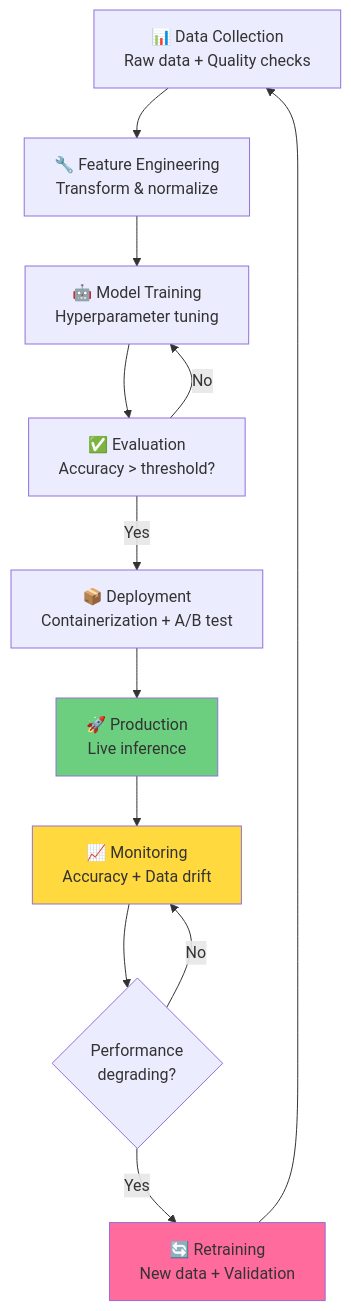
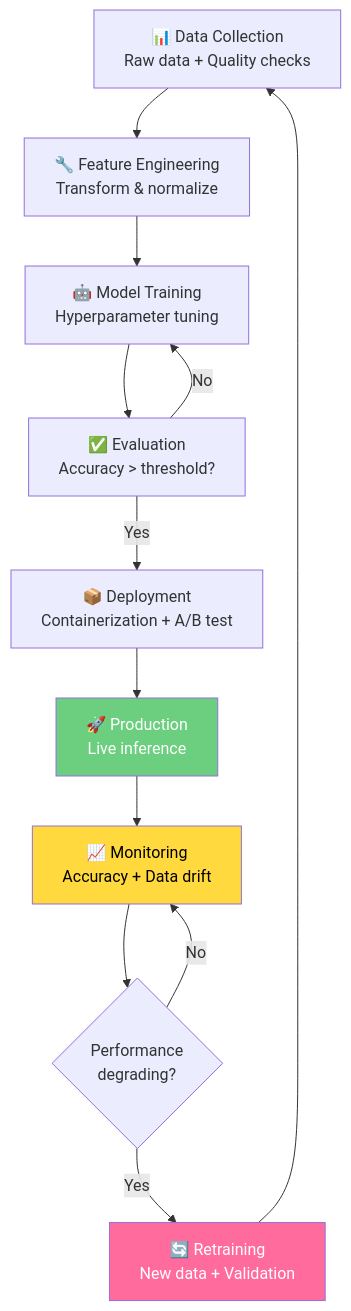
Before and after one commit to federicodiluca/federicodiluca.github.io: the diagram in src/content/blog/mlops-modelli-produzione.md, drawn with Mermaid. The commit also changed 9 other files, not shown here.

First line of the commit message:
fix: improve Mermaid diagram text colors for accessibility

````diff
--- a/src/content/blog/mlops-modelli-produzione.md
+++ b/src/content/blog/mlops-modelli-produzione.md
@@ -13,18 +13,18 @@
 ```mermaid
 flowchart TD
     A["📊 Data Collection<br/>Raw data + Quality checks"] --> B["🔧 Feature Engineering<br/>Transform & normalize"]
     B --> C["🤖 Model Training<br/>Hyperparameter tuning"]
     C --> D["✅ Evaluation<br/>Accuracy > threshold?"]
     D -->|No| C
     D -->|Yes| E["📦 Deployment<br/>Containerization + A/B test"]
     E --> F["🚀 Production<br/>Live inference"]
     F --> G["📈 Monitoring<br/>Accuracy + Data drift"]
     G --> H{Performance<br/>degrading?}
     H -->|No| G
     H -->|Yes| I["🔄 Retraining<br/>New data + Validation"]
     I --> A
     
-    style F fill:#6bcf7f
-    style G fill:#ffd93d
-    style I fill:#ff6b9d
+    style F fill:#6bcf7f,color:#fff
+    style G fill:#ffd93d,color:#000
+    style I fill:#ff6b9d,color:#fff
 ```
````
